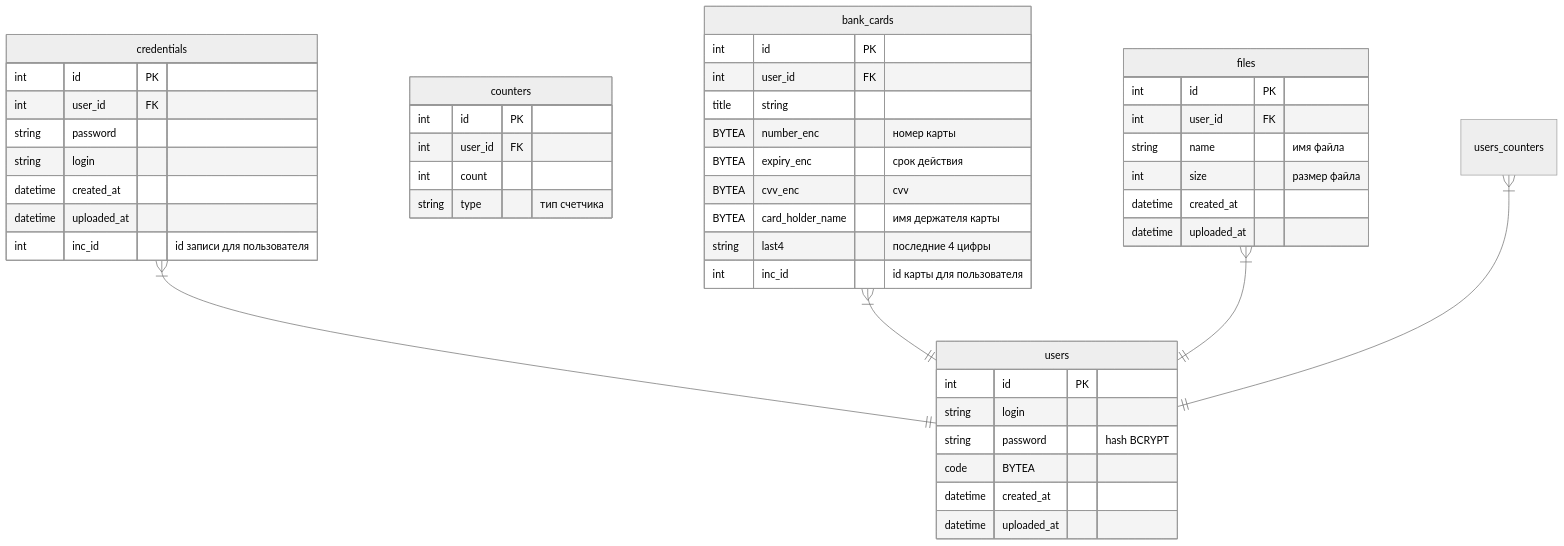
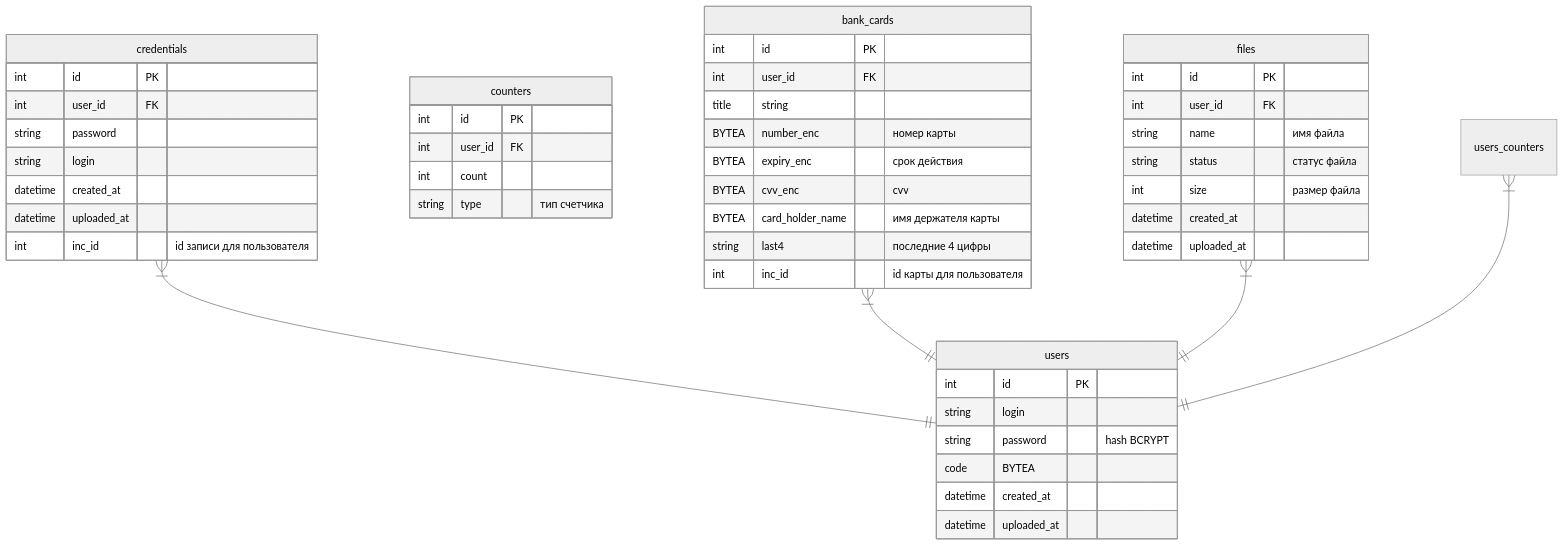
The diagram in doc/db.md (xboxser/GophKeeper), drawn with Mermaid before and after one commit. The commit also changed 11 other files, not shown here.

````diff
--- a/doc/db.md
+++ b/doc/db.md
@@ -3,55 +3,56 @@
 ```mermaid
 ---
 config:
   theme: neutral
 ---
 erDiagram
 	direction TB
 	credentials {
 		int id PK ""  
         int user_id FK ""  
 		string password  ""  
         string login  ""  
 		datetime created_at  ""  
 		datetime uploaded_at  ""
         int inc_id    "id записи для пользователя"  
 	}
 	users {
 		int id PK ""  
 		string login  ""  
 		string password  "hash BCRYPT"  
         code BYTEA  ""  
 		datetime created_at  ""  
 		datetime uploaded_at  ""  
 	}
     counters {
 		int id PK ""  
         int user_id FK ""  
         int count ""
         string type  "тип счетчика" 
 	}
     bank_cards {
         int id PK ""  
         int user_id FK ""  
         title string  ""
         BYTEA number_enc   "номер карты"  
         BYTEA expiry_enc  "срок действия"
         BYTEA cvv_enc  "cvv"
         BYTEA card_holder_name   "имя держателя карты"
         string last4   "последние 4 цифры"
         int inc_id    "id карты для пользователя"
     }
     files {
         int id PK ""
         int user_id FK ""
         string name "имя файла"
+        string status "статус файла"
         int size "размер файла"
         datetime created_at  ""  
 		datetime uploaded_at  ""  
     }
 	credentials}|--||users:"  "
     bank_cards}|--||users:"  "
     files}|--||users:"  "
     users_counters}|--||users:"  "
 
 ```
````
